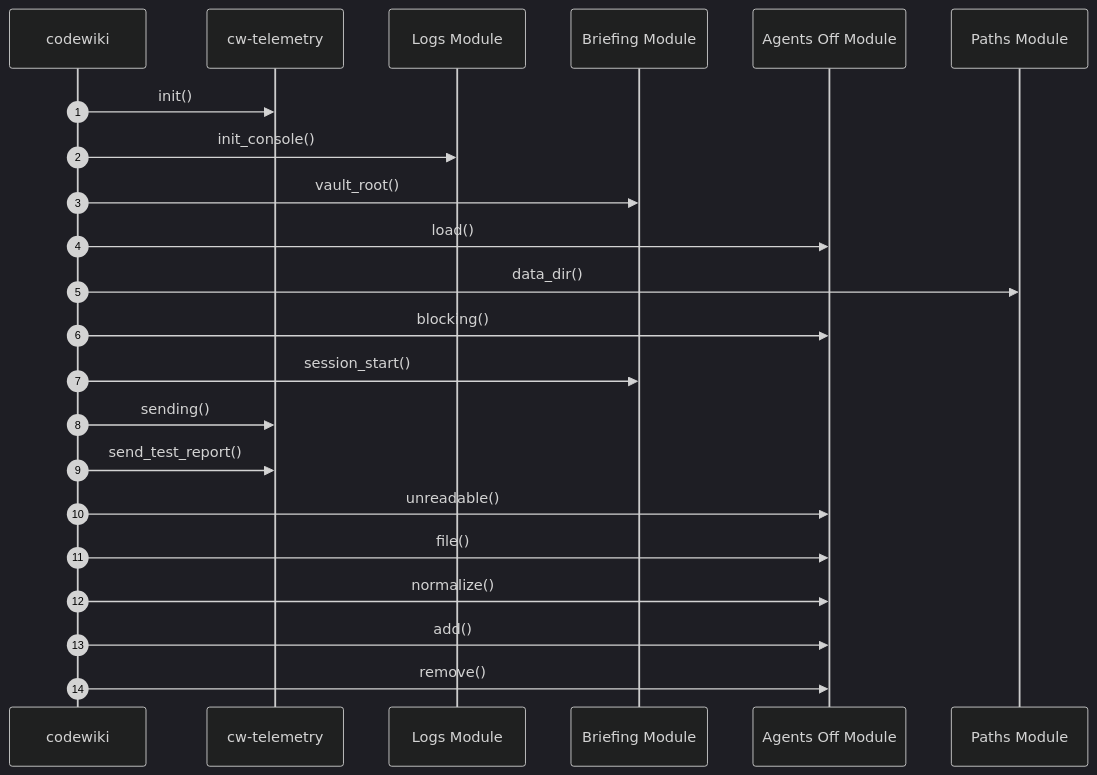
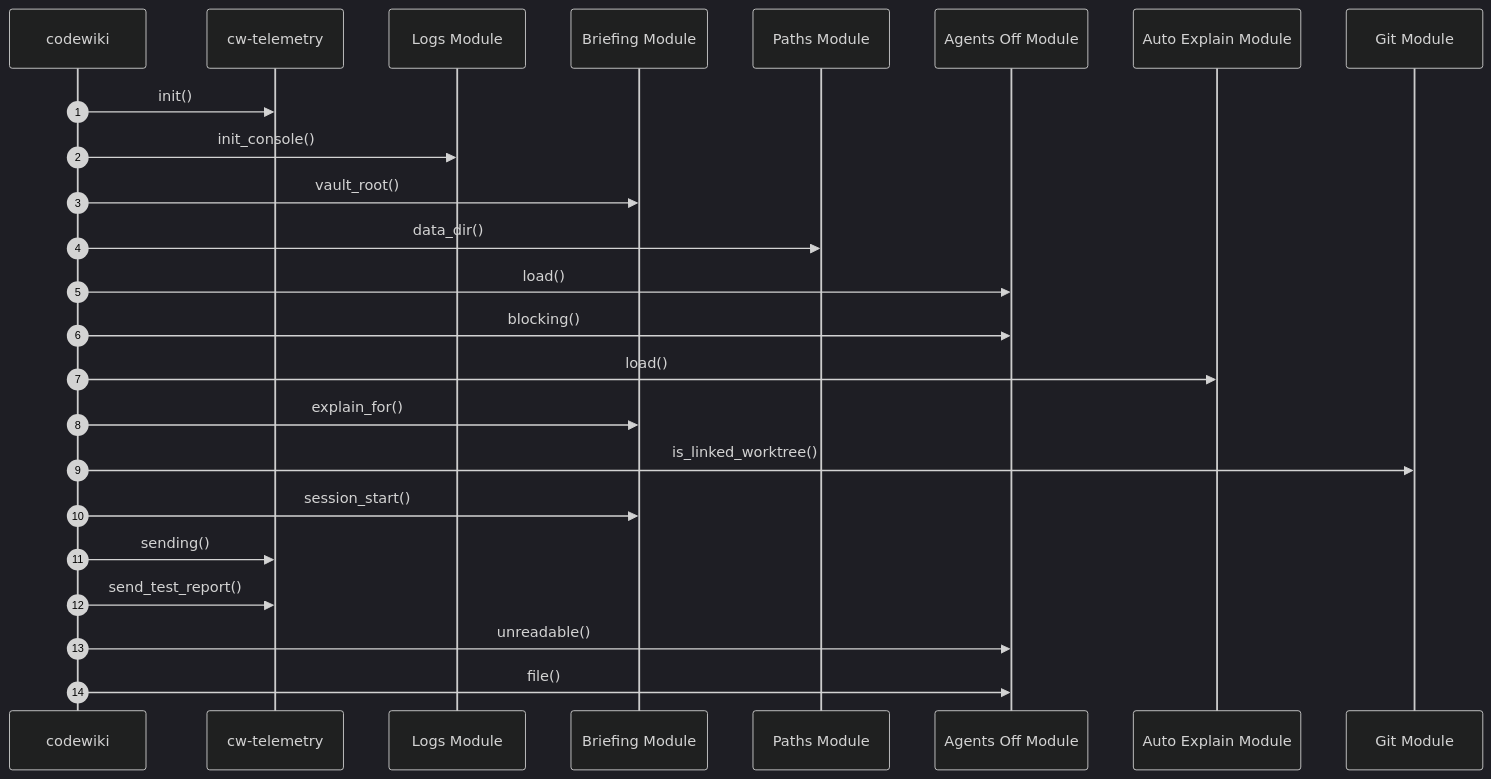
The diagram in obsidian/00-Architecture/codewiki Startup Flow.md (Fly-onlyone/CodeWiki), drawn with Mermaid (dark theme) before and after one commit. The commit also changed other lines of this file and 87 other files, not shown here.

````diff
--- a/obsidian/00-Architecture/codewiki Startup Flow.md
+++ b/obsidian/00-Architecture/codewiki Startup Flow.md
@@ -15,24 +15,26 @@
 ```mermaid
 sequenceDiagram
     autonumber
     participant p0 as codewiki
     participant p1 as cw-telemetry
     participant p2 as Logs Module
     participant p3 as Briefing Module
-    participant p4 as Agents Off Module
-    participant p5 as Paths Module
+    participant p4 as Paths Module
+    participant p5 as Agents Off Module
+    participant p6 as Auto Explain Module
+    participant p7 as Git Module
     p0->>p1: init()
     p0->>p2: init_console()
     p0->>p3: vault_root()
-    p0->>p4: load()
-    p0->>p5: data_dir()
-    p0->>p4: blocking()
+    p0->>p4: data_dir()
+    p0->>p5: load()
+    p0->>p5: blocking()
+    p0->>p6: load()
+    p0->>p3: explain_for()
+    p0->>p7: is_linked_worktree()
     p0->>p3: session_start()
     p0->>p1: sending()
     p0->>p1: send_test_report()
-    p0->>p4: unreadable()
-    p0->>p4: file()
-    p0->>p4: normalize()
-    p0->>p4: add()
-    p0->>p4: remove()
+    p0->>p5: unreadable()
+    p0->>p5: file()
 ```
````
